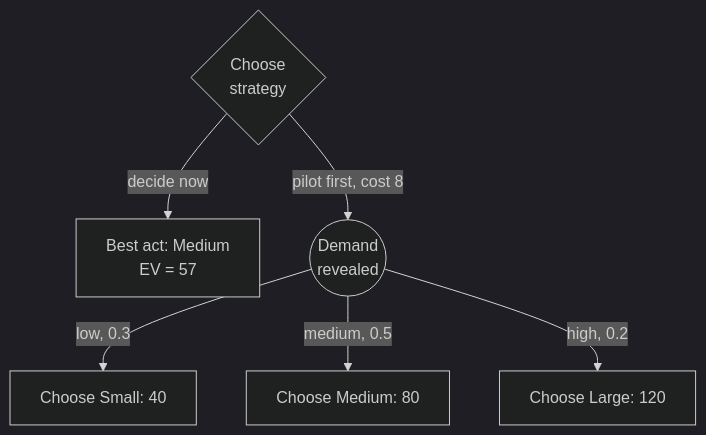
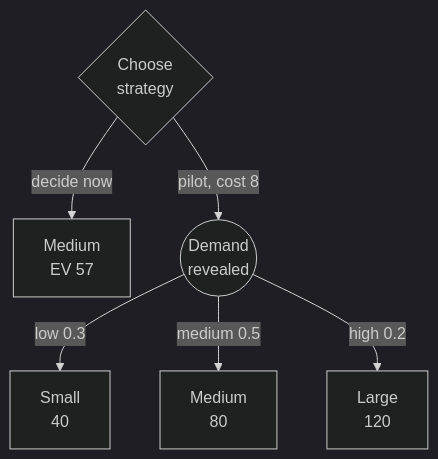
Before and after one commit to acrr-asia/acrr: the third of 3 diagrams in src/content/blog/strategic-thinking-and-decisions.mdx, drawn with Mermaid (dark theme). The commit also changed other lines of this file and 5 other files, not shown here.

````diff
--- a/src/content/blog/strategic-thinking-and-decisions.mdx
+++ b/src/content/blog/strategic-thinking-and-decisions.mdx
@@ -237,8 +237,8 @@
 ```mermaid
 flowchart TB
-    D{"Choose<br/>strategy"} -- "decide now" --> N["Best act: Medium<br/>EV = 57"]
-    D -- "pilot first, cost 8" --> P(("Demand<br/>revealed"))
-    P -- "low, 0.3" --> L["Choose Small: 40"]
-    P -- "medium, 0.5" --> M["Choose Medium: 80"]
-    P -- "high, 0.2" --> H["Choose Large: 120"]
+    D{"Choose<br/>strategy"} -- "decide now" --> N["Medium<br/>EV 57"]
+    D -- "pilot, cost 8" --> P(("Demand<br/>revealed"))
+    P -- "low 0.3" --> L["Small<br/>40"]
+    P -- "medium 0.5" --> M["Medium<br/>80"]
+    P -- "high 0.2" --> H["Large<br/>120"]
 ```
````
